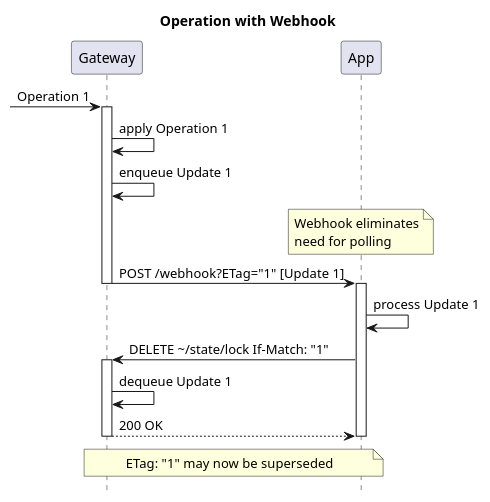
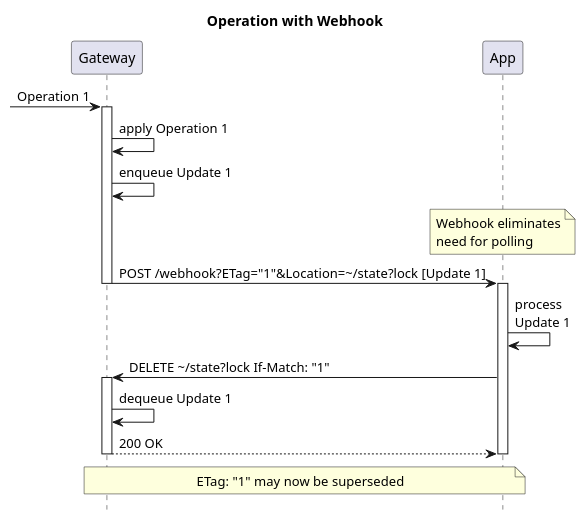
Before and after one commit to m-ld/m-ld-gateway: the diagram in architecture/api/http/2-basic-webhook.seq.puml, drawn with PlantUML. The commit also changed 30 other files, not shown here.

```diff
--- a/architecture/api/http/2-basic-webhook.seq.puml
+++ b/architecture/api/http/2-basic-webhook.seq.puml
@@ -1,26 +1,26 @@
 @startuml
 'https://plantuml.com/sequence-diagram
 !pragma teoz true
 hide footbox
 
 title: Operation with Webhook
 
 participant Gateway as gw
 participant "App" as app
 
 -> gw ++: Operation 1
 gw -> gw: apply Operation 1
 gw -> gw: enqueue Update 1
 note over app
 Webhook eliminates
 need for polling
 end note
-gw -> app ++--: POST /webhook?ETag="1" [Update 1]
-app -> app: process Update 1
-app -> gw ++: DELETE \~/state/lock If-Match: "1"
+gw -> app ++--: POST /webhook?ETag="1"&Location=\~/state?lock [Update 1]
+app -> app: process\nUpdate 1
+app -> gw ++: DELETE \~/state?lock If-Match: "1"
 gw -> gw: dequeue Update 1
 return 200 OK
 deactivate app
 note across: ETag: "1" may now be superseded
 
 @enduml
```
